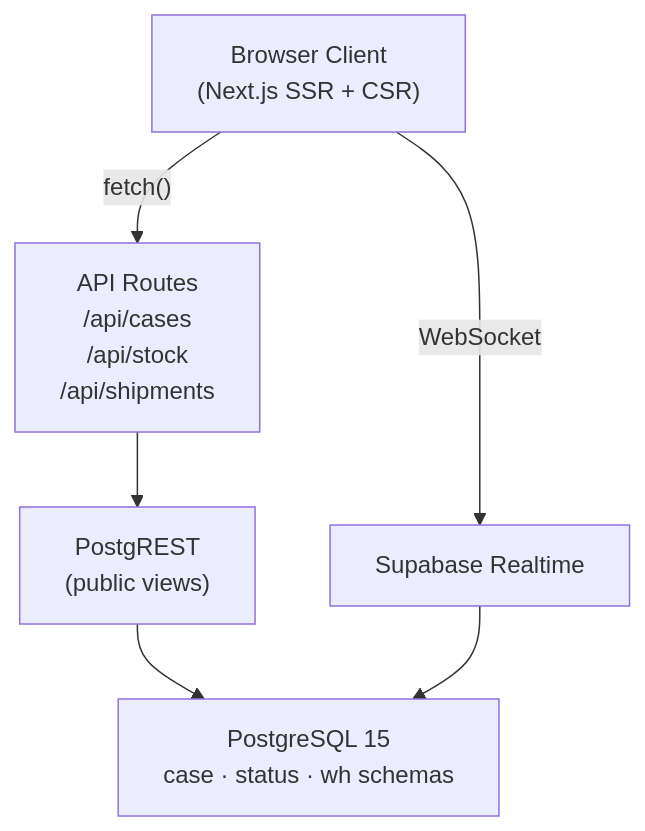
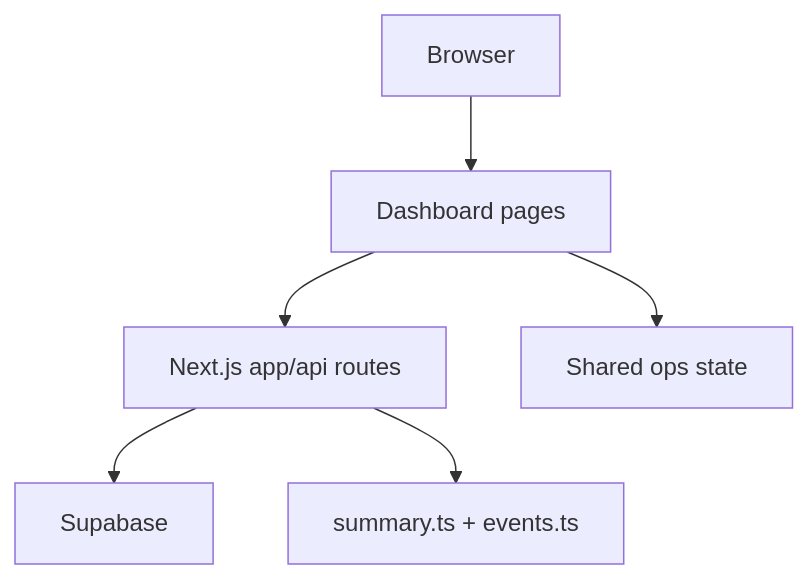
One commit to macho715/logi_hvdc_dash changed the diagram in apps/logistics-dashboard/README.md. Above: the diagram before and after it, drawn with Mermaid. The commit also changed other lines of this file and 63 other files, not shown here.

````diff
--- a/apps/logistics-dashboard/README.md
+++ b/apps/logistics-dashboard/README.md
@@ -136,8 +141,8 @@
 ```mermaid
 graph TB
-    Browser["Browser Client\n(Next.js SSR + CSR)"] -->|"fetch()"| BFF["API Routes\n/api/cases\n/api/stock\n/api/shipments"]
-    Browser -->|"WebSocket"| Realtime["Supabase Realtime"]
-    BFF --> PostgREST["PostgREST\n(public views)"]
-    PostgREST --> PG["PostgreSQL 15\ncase · status · wh schemas"]
-    Realtime --> PG
+    Browser["Browser"] --> Dashboard["Dashboard pages"]
+    Dashboard --> APIs["Next.js app/api routes"]
+    APIs --> Supabase["Supabase"]
+    Dashboard --> SharedState["Shared ops state"]
+    APIs --> SharedHelpers["summary.ts + events.ts"]
 ```
````
